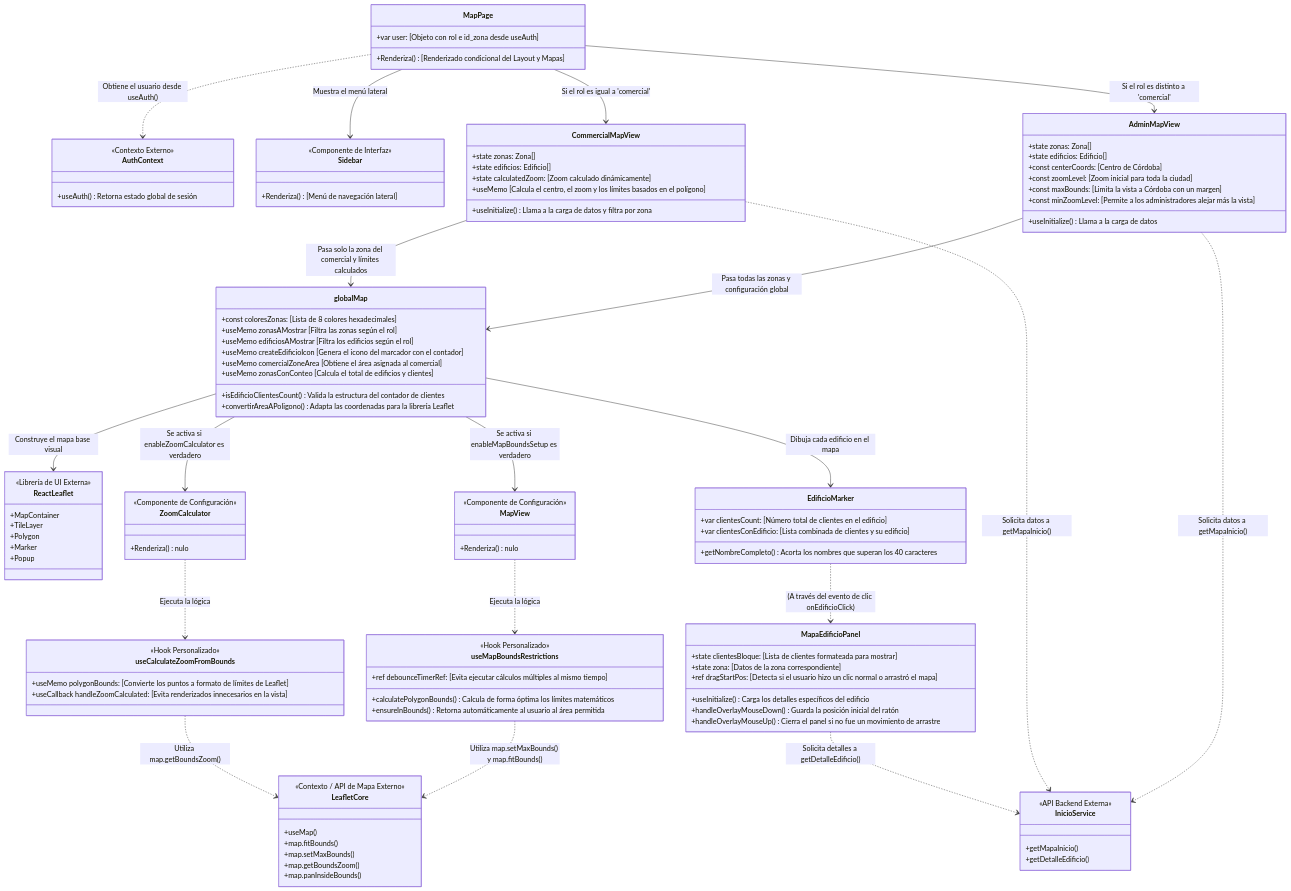
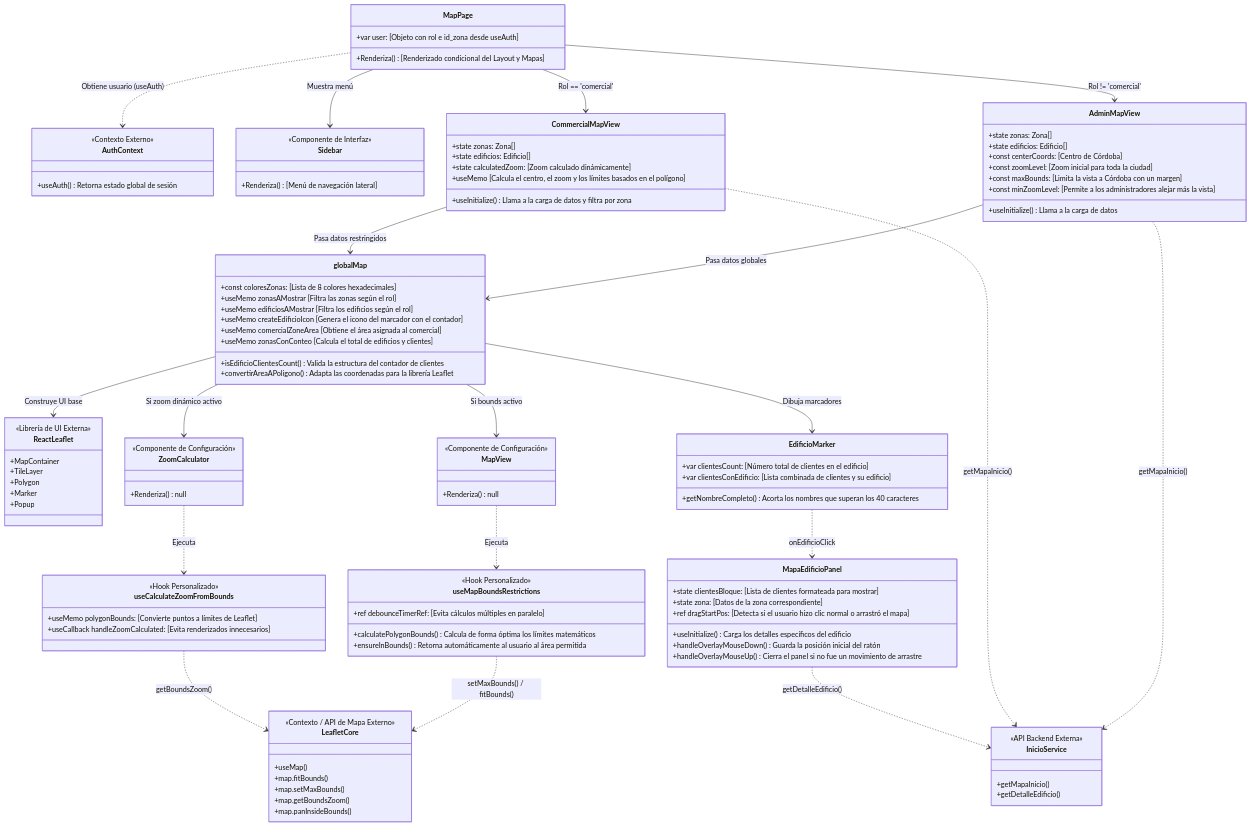
One commit to AlbertoRomeroPino/Leadchain-frontend changed the diagram in README.md. Above: the diagram before and after it, drawn with Mermaid. The commit also changed other lines of this file, not shown here.

````diff
--- a/README.md
+++ b/README.md
@@ -454,7 +264,7 @@
 ```mermaid
 classDiagram
     %% ==========================================
-    %% SERVICIOS Y CONTEXTOS EXTERNOS (Hacia dónde apuntan)
+    %% SERVICIOS Y CONTEXTOS EXTERNOS
     %% ==========================================
     class AuthContext {
         <<Contexto Externo>>
@@ -466,7 +276,7 @@
         +getMapaInicio()
         +getDetalleEdificio()
     }
-  
+
     class ReactLeaflet {
         <<Librería de UI Externa>>
         +MapContainer
@@ -475,7 +285,7 @@
         +Marker
         +Popup
     }
-  
+
     class LeafletCore {
         <<Contexto / API de Mapa Externo>>
         +useMap()
@@ -492,7 +302,7 @@
         +var user: [Objeto con rol e id_zona desde useAuth]
         +Renderiza() [Renderizado condicional del Layout y Mapas]
     }
-  
+
     class Sidebar {
         <<Componente de Interfaz>>
         +Renderiza() [Menú de navegación lateral]
@@ -510,7 +320,7 @@
         +const minZoomLevel: [Permite a los administradores alejar más la vista]
         +useInitialize() Llama a la carga de datos
     }
-  
+
     class CommercialMapView {
         +state zonas: Zona[]
         +state edificios: Edificio[]
@@ -541,11 +351,11 @@
         +var clientesConEdificio: [Lista combinada de clientes y su edificio]
         +getNombreCompleto() Acorta los nombres que superan los 40 caracteres
     }
-  
+
     class MapaEdificioPanel {
         +state clientesBloque: [Lista de clientes formateada para mostrar]
         +state zona: [Datos de la zona correspondiente]
-        +ref dragStartPos: [Detecta si el usuario hizo un clic normal o arrastró el mapa]
+        +ref dragStartPos: [Detecta si el usuario hizo clic normal o arrastró el mapa]
         +useInitialize() Carga los detalles específicos del edificio
         +handleOverlayMouseDown() Guarda la posición inicial del ratón
         +handleOverlayMouseUp() Cierra el panel si no fue un movimiento de arrastre
@@ -556,63 +366,55 @@
     %% ==========================================
     class MapView {
         <<Componente de Configuración>>
-        +Renderiza() nulo
+        +Renderiza() null
     }
-  
+
     class ZoomCalculator {
         <<Componente de Configuración>>
-        +Renderiza() nulo
+        +Renderiza() null
     }
 
     %% ==========================================
-    %% HOOKS PERSONALIZADOS (La lógica pesada)
+    %% HOOKS PERSONALIZADOS (Lógica pesada)
     %% ==========================================
     class useMapBoundsRestrictions {
         <<Hook Personalizado>>
-        +ref debounceTimerRef: [Evita ejecutar cálculos múltiples al mismo tiempo]
+        +ref debounceTimerRef: [Evita cálculos múltiples en paralelo]
         +calculatePolygonBounds() Calcula de forma óptima los límites matemáticos
         +ensureInBounds() Retorna automáticamente al usuario al área permitida
     }
-  
+
     class useCalculateZoomFromBounds {
         <<Hook Personalizado>>
-        +useMemo polygonBounds: [Convierte los puntos a formato de límites de Leaflet]
-        +useCallback handleZoomCalculated: [Evita renderizados innecesarios en la vista]
+        +useMemo polygonBounds: [Convierte puntos a límites de Leaflet]
+        +useCallback handleZoomCalculated: [Evita renderizados innecesarios]
     }
 
     %% ==========================================
-    %% RELACIONES Y DIRECCIONES (Flujo de datos y llamadas)
+    %% RELACIONES Y DIRECCIONES
     %% ==========================================
-  
-    %% Flujo desde la página principal
-    MapPage ..> AuthContext : Obtiene el usuario desde useAuth()
-    MapPage --> Sidebar : Muestra el menú lateral
-    MapPage --> AdminMapView : Si el rol es distinto a 'comercial'
-    MapPage --> CommercialMapView : Si el rol es igual a 'comercial'
+    MapPage ..> AuthContext : Obtiene usuario (useAuth)
+    MapPage --> Sidebar : Muestra menú
+    MapPage --> AdminMapView : Rol != 'comercial'
+    MapPage --> CommercialMapView : Rol == 'comercial'
 
-    %% Carga de datos hacia el Backend
-    AdminMapView ..> InicioService : Solicita datos a getMapaInicio()
-    CommercialMapView ..> InicioService : Solicita datos a getMapaInicio()
-    MapaEdificioPanel ..> InicioService : Solicita detalles a getDetalleEdificio()
-  
-    %% Flujo de renderizado principal (Padres a Hijos)
-    AdminMapView --> globalMap : Pasa todas las zonas y configuración global
-    CommercialMapView --> globalMap : Pasa solo la zona del comercial y límites calculados
-  
-    %% globalMap hacia la interfaz y librerías externas
-    globalMap --> ReactLeaflet : Construye el mapa base visual
-    globalMap --> MapView : Se activa si enableMapBoundsSetup es verdadero
-    globalMap --> ZoomCalculator : Se activa si enableZoomCalculator es verdadero
-    globalMap --> EdificioMarker : Dibuja cada edificio en el mapa
-  
-    %% Interacción de clics
-    EdificioMarker ..> MapaEdificioPanel : (A través del evento de clic onEdificioClick)
-  
-    %% Inyección de Hooks en los componentes de configuración
-    MapView ..> useMapBoundsRestrictions : Ejecuta la lógica
-    ZoomCalculator ..> useCalculateZoomFromBounds : Ejecuta la lógica
-  
-    %% Interacción de los Hooks con el núcleo del mapa (Leaflet API)
-    useMapBoundsRestrictions ..> LeafletCore : Utiliza map.setMaxBounds() y map.fitBounds()
-    useCalculateZoomFromBounds ..> LeafletCore : Utiliza map.getBoundsZoom()
+    AdminMapView ..> InicioService : getMapaInicio()
+    CommercialMapView ..> InicioService : getMapaInicio()
+    MapaEdificioPanel ..> InicioService : getDetalleEdificio()
+
+    AdminMapView --> globalMap : Pasa datos globales
+    CommercialMapView --> globalMap : Pasa datos restringidos
+
+    globalMap --> ReactLeaflet : Construye UI base
+    globalMap --> MapView : Si bounds activo
+    globalMap --> ZoomCalculator : Si zoom dinámico activo
+    globalMap --> EdificioMarker : Dibuja marcadores
+
+    EdificioMarker ..> MapaEdificioPanel : onEdificioClick
+
+    MapView ..> useMapBoundsRestrictions : Ejecuta
+    ZoomCalculator ..> useCalculateZoomFromBounds : Ejecuta
+
+    useMapBoundsRestrictions ..> LeafletCore : setMaxBounds() / fitBounds()
+    useCalculateZoomFromBounds ..> LeafletCore : getBoundsZoom()
 ```
````
